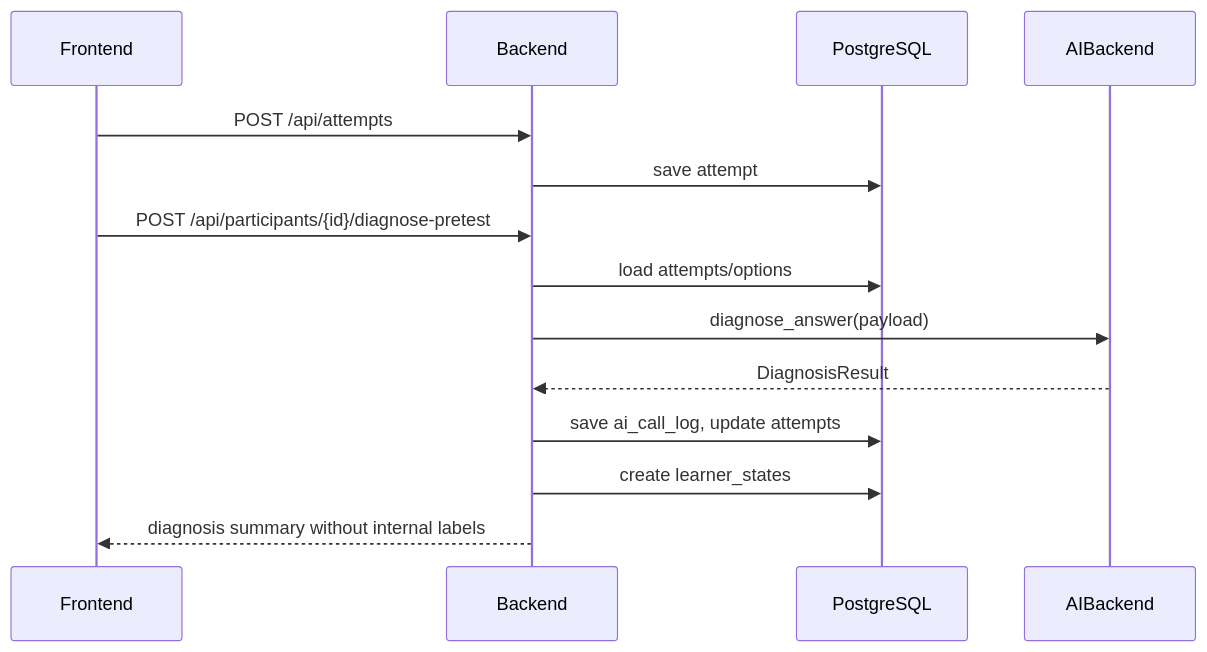
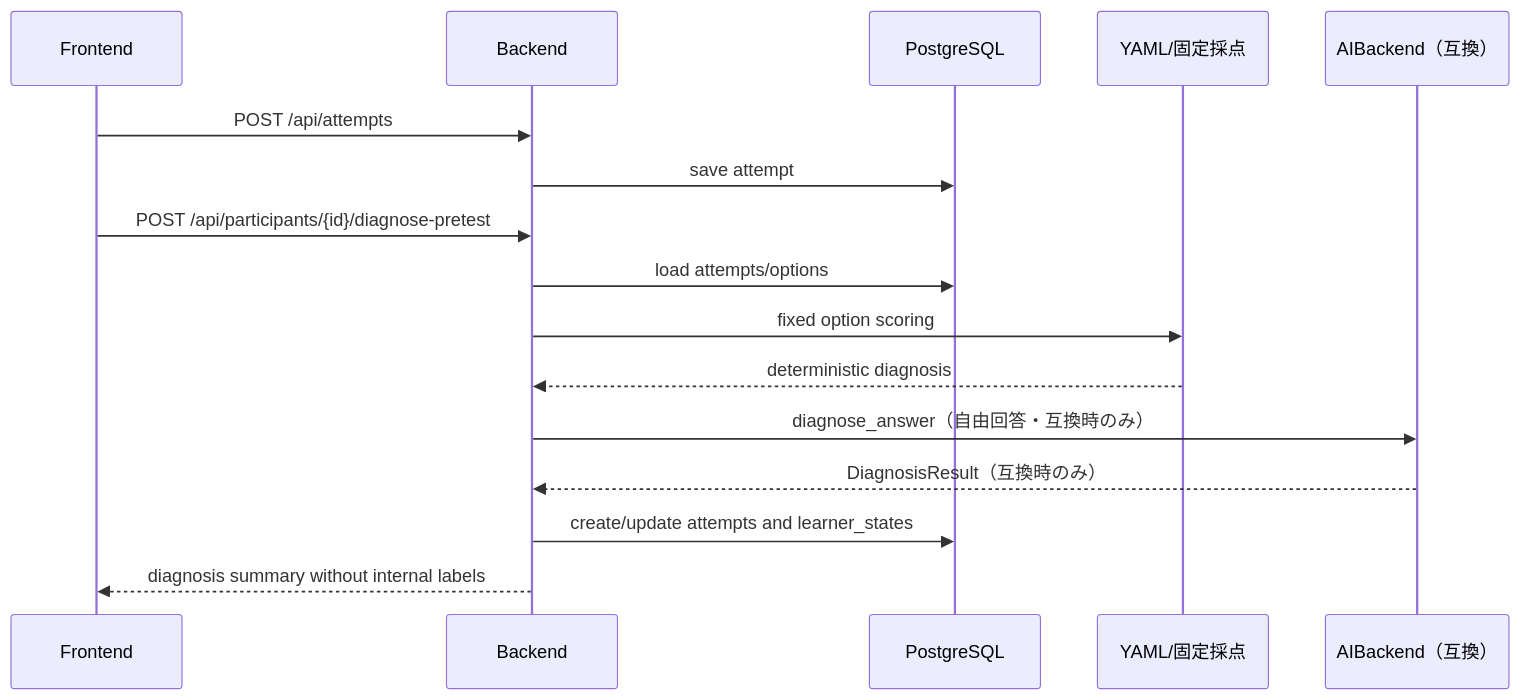
One commit to Hiroki252516/gogainen_bot changed the first of 2 diagrams in docs/05_system_architecture.md. Above: the diagram before and after it, drawn with Mermaid. The commit also changed other lines of this file and 25 other files, not shown here.

````diff
--- a/docs/05_system_architecture.md
+++ b/docs/05_system_architecture.md
@@ -130,16 +139,18 @@
 ```mermaid
 sequenceDiagram
   participant F as Frontend
   participant B as Backend
   participant DB as PostgreSQL
-  participant AI as AIBackend
+  participant Y as YAML/固定採点
+  participant AI as AIBackend（互換）
   F->>B: POST /api/attempts
   B->>DB: save attempt
   F->>B: POST /api/participants/{id}/diagnose-pretest
   B->>DB: load attempts/options
-  B->>AI: diagnose_answer(payload)
-  AI-->>B: DiagnosisResult
-  B->>DB: save ai_call_log, update attempts
-  B->>DB: create learner_states
+  B->>Y: fixed option scoring
+  Y-->>B: deterministic diagnosis
+  B->>AI: diagnose_answer（自由回答・互換時のみ）
+  AI-->>B: DiagnosisResult（互換時のみ）
+  B->>DB: create/update attempts and learner_states
   B-->>F: diagnosis summary without internal labels
 ```
````
